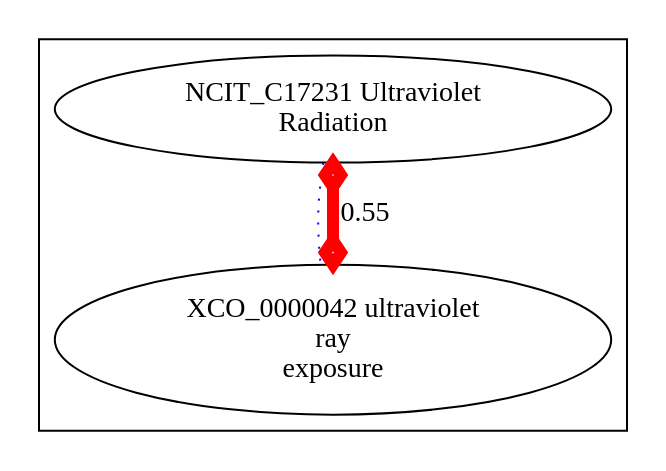
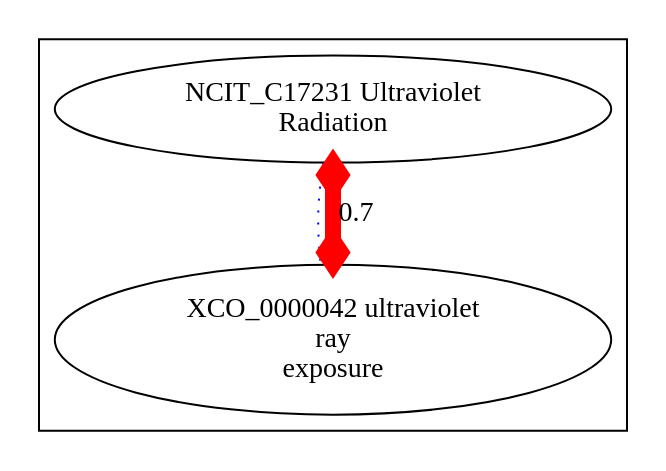
The diagram in target/img-XCO_0000042.dot (cmungall/radiation-ontology), drawn with Graphviz before and after one commit. The commit also changed 9 other files, not shown here.

```diff
--- a/target/img-XCO_0000042.dot
+++ b/target/img-XCO_0000042.dot
@@ -1,9 +1,9 @@
 digraph cliquegraph {
 subgraph cluster_XCO_0000042 {XCO_0000042 [ label="XCO_0000042 ultraviolet
 ray
 exposure" ];
 NCIT_C17231 [ label="NCIT_C17231 Ultraviolet
 Radiation" ];}
 NCIT_C17231 -> XCO_0000042 [ arrowhead = none, penwidth=1, color=blue, label="", style=dotted]
-NCIT_C17231 -> XCO_0000042 [ arrowhead = ediamond, penwidth=6, color=red, label="0.55", style=solid, arrowtail=ediamond, dir=both]
+NCIT_C17231 -> XCO_0000042 [ arrowhead = ediamond, penwidth=8, color=red, label="0.7", style=solid, arrowtail=ediamond, dir=both]
 }
```
